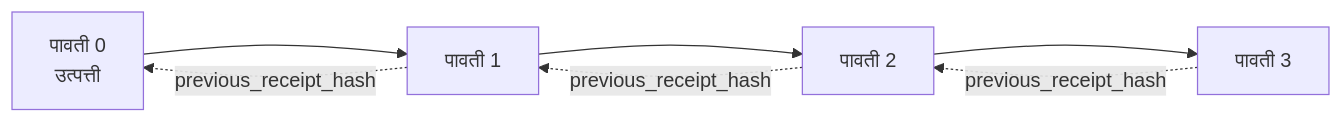
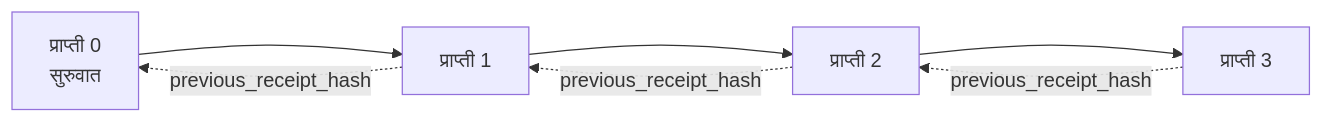
One commit to gabrielmoreira/agent-skills-mirror changed the second of 2 diagrams in mirrors/repos/microsoft@ai-agents-for-beginners/translations/mr/18-securing-ai-agents/README.md. Above: the diagram before and after it, drawn with Mermaid. The commit also changed other lines of this file and 4262 other files, not shown here.

````diff
--- a/mirrors/repos/microsoft@ai-agents-for-beginners/translations/mr/18-securing-ai-agents/README.md
+++ b/mirrors/repos/microsoft@ai-agents-for-beginners/translations/mr/18-securing-ai-agents/README.md
@@ -206,9 +203,9 @@
 ```mermaid
 flowchart LR
-    R0[पावती 0<br/>उत्पत्ती] --> R1[पावती 1]
-    R1 --> R2[पावती 2]
-    R2 --> R3[पावती 3]
+    R0[प्राप्ती 0<br/>सुरुवात] --> R1[प्राप्ती 1]
+    R1 --> R2[प्राप्ती 2]
+    R2 --> R3[प्राप्ती 3]
     R1 -. previous_receipt_hash .-> R0
     R2 -. previous_receipt_hash .-> R1
     R3 -. previous_receipt_hash .-> R2
 ```
````
